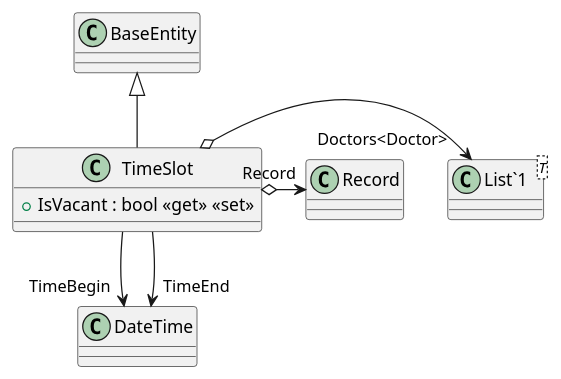
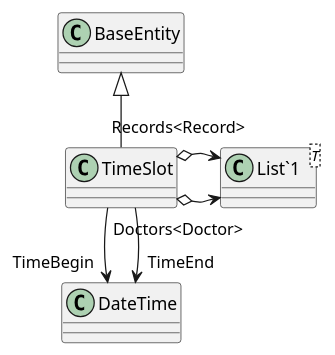
The diagram in UML/HospitalRegistrar.Domain/Entities/TimeSlot.puml (DenysMalanichev/HospitalRegistrar), drawn with PlantUML before and after one commit. The commit also changed 49 other files, not shown here.

```diff
--- a/UML/HospitalRegistrar.Domain/Entities/TimeSlot.puml
+++ b/UML/HospitalRegistrar.Domain/Entities/TimeSlot.puml
@@ -1,12 +1,11 @@
 @startuml
 class TimeSlot {
-    + IsVacant : bool <<get>> <<set>>
 }
 class "List`1"<T> {
 }
 BaseEntity <|-- TimeSlot
 TimeSlot --> "TimeBegin" DateTime
 TimeSlot --> "TimeEnd" DateTime
 TimeSlot o-> "Doctors<Doctor>" "List`1"
-TimeSlot o-> "Record" Record
+TimeSlot o-> "Records<Record>" "List`1"
 @enduml
```
